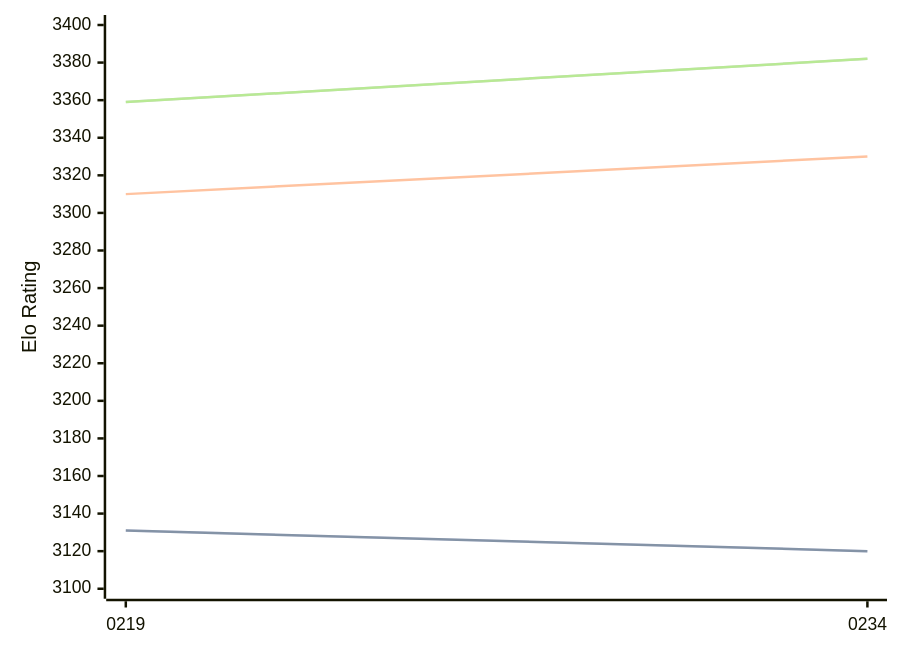
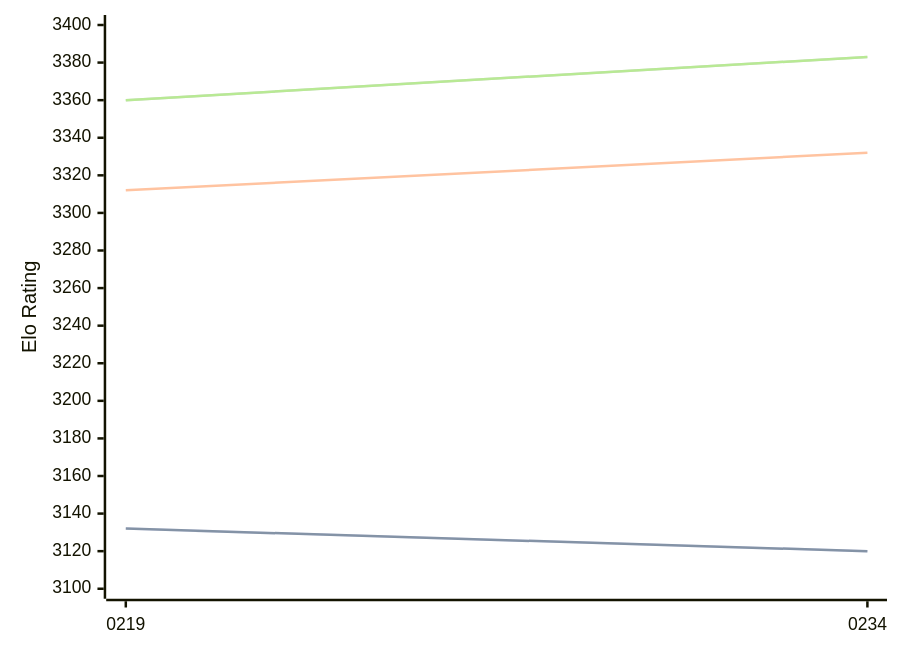
One commit to computer-chess-index/cci changed the diagram in engines/Ynode.md. Above: the diagram before and after it, drawn with Mermaid. The commit also changed other lines of this file, not shown here.

Commit message:
Update CCI Ratings (ELO VLTC) - 2026-07-26

````diff
--- a/engines/Ynode.md
+++ b/engines/Ynode.md
@@ -39,11 +39,11 @@
 ```mermaid
 %%{init: {"theme":"base","themeVariables":{"seriesColors:['#a3a3a3','#222221','#faa371']}}}%%
 xychart-beta
   x-axis ["0219", "0234"]
   y-axis "Elo Rating" 3100 --> 3400
-  line "STC (8.0+0.08s)" [3131, 3120]
-  line "STC (8.0+0.08s)" [3131, 3120]
-  line "LTC (60.0+0.60s)" [3310, 3330]
-  line "VLTC (2m24s+1.12s)" [3359, 3382]
-  line "VLTC (2m24s+1.12s)" [3359, 3382]
+  line "STC (8.0+0.08s)" [3132, 3120]
+  line "STC (8.0+0.08s)" [3132, 3120]
+  line "LTC (60.0+0.60s)" [3312, 3332]
+  line "VLTC (2m24s+1.12s)" [3360, 3383]
+  line "VLTC (2m24s+1.12s)" [3360, 3383]
 ```
````
